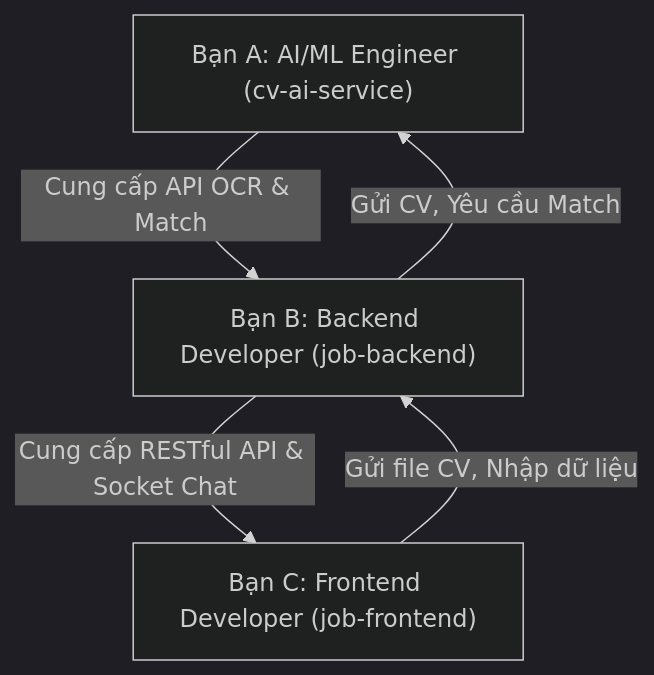
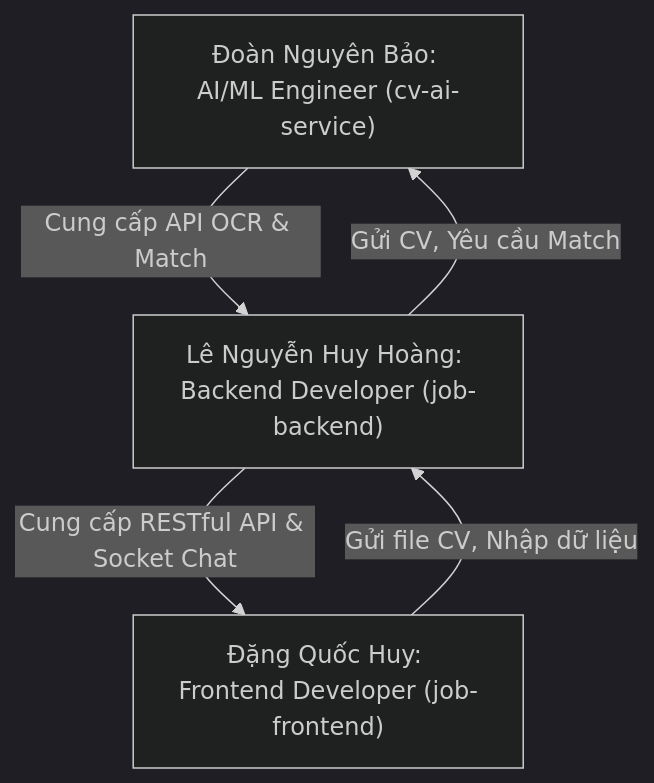
One commit to huyhoang2k5/job-backend changed the diagram in COLLABORATION_PLAN.md. Above: the diagram before and after it, drawn with Mermaid (dark theme). The commit also changed other lines of this file, not shown here.

Commit message:
docs: cập nhật danh sách thành viên thực tế (Bảo, Hoàng, Huy) vào kế hoạch nhóm

````diff
--- a/COLLABORATION_PLAN.md
+++ b/COLLABORATION_PLAN.md
@@ -12,7 +12,7 @@
 ```mermaid
 graph TD
-    A["Bạn A: AI/ML Engineer (cv-ai-service)"] -->|Cung cấp API OCR & Match| B["Bạn B: Backend Developer (job-backend)"]
-    B -->|Cung cấp RESTful API & Socket Chat| C["Bạn C: Frontend Developer (job-frontend)"]
+    A["Đoàn Nguyên Bảo: AI/ML Engineer (cv-ai-service)"] -->|Cung cấp API OCR & Match| B["Lê Nguyễn Huy Hoàng: Backend Developer (job-backend)"]
+    B -->|Cung cấp RESTful API & Socket Chat| C["Đặng Quốc Huy: Frontend Developer (job-frontend)"]
     C -->|Gửi file CV, Nhập dữ liệu| B
     B -->|Gửi CV, Yêu cầu Match| A
 ```
````
